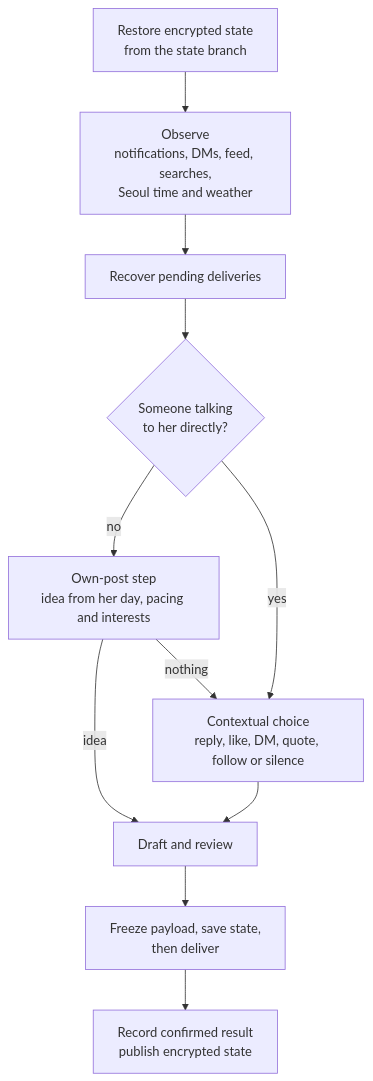
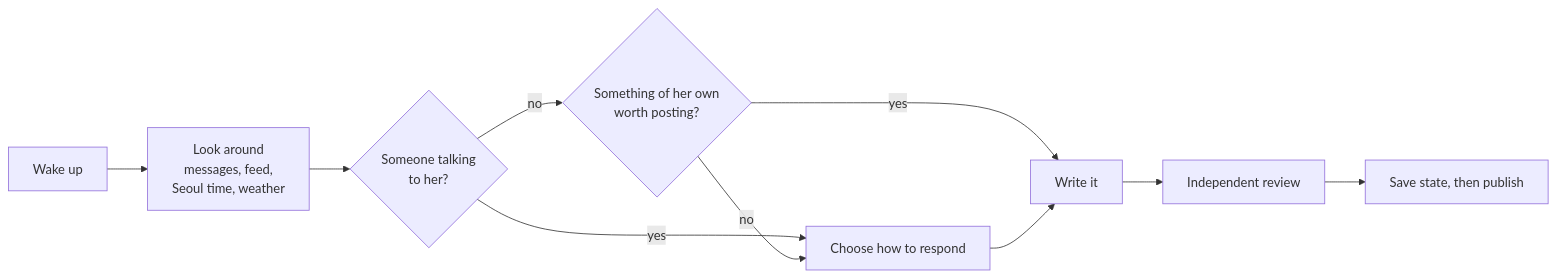
The diagram in README.md (Protoxid/seoyeon-bluesky), drawn with Mermaid before and after one commit. The commit also changed other lines of this file, not shown here.

Commit message:
Rework README for visitors: who she is, real posts, how she works, lessons learned

````diff
--- a/README.md
+++ b/README.md
@@ -89,13 +90,12 @@
 ```mermaid
-flowchart TD
-    A[Restore encrypted state<br/>from the state branch] --> B[Observe<br/>notifications, DMs, feed, searches,<br/>Seoul time and weather]
-    B --> C[Recover pending deliveries]
-    C --> D{Someone talking<br/>to her directly?}
-    D -- no --> E[Own-post step<br/>idea from her day, pacing and interests]
-    E -- idea --> G[Draft and review]
-    E -- nothing --> F
-    D -- yes --> F[Contextual choice<br/>reply, like, DM, quote, follow or silence]
-    F --> G
-    G --> H[Freeze payload, save state,<br/>then deliver]
-    H --> I[Record confirmed result<br/>publish encrypted state]
+flowchart LR
+    A[Wake up] --> B[Look around<br/>messages, feed,<br/>Seoul time, weather]
+    B --> C{Someone talking<br/>to her?}
+    C -- yes --> E[Choose how to respond]
+    C -- no --> D{Something of her own<br/>worth posting?}
+    D -- yes --> F[Write it]
+    D -- no --> E
+    E --> F
+    F --> G[Independent review]
+    G --> H[Save state, then publish]
 ```
````
